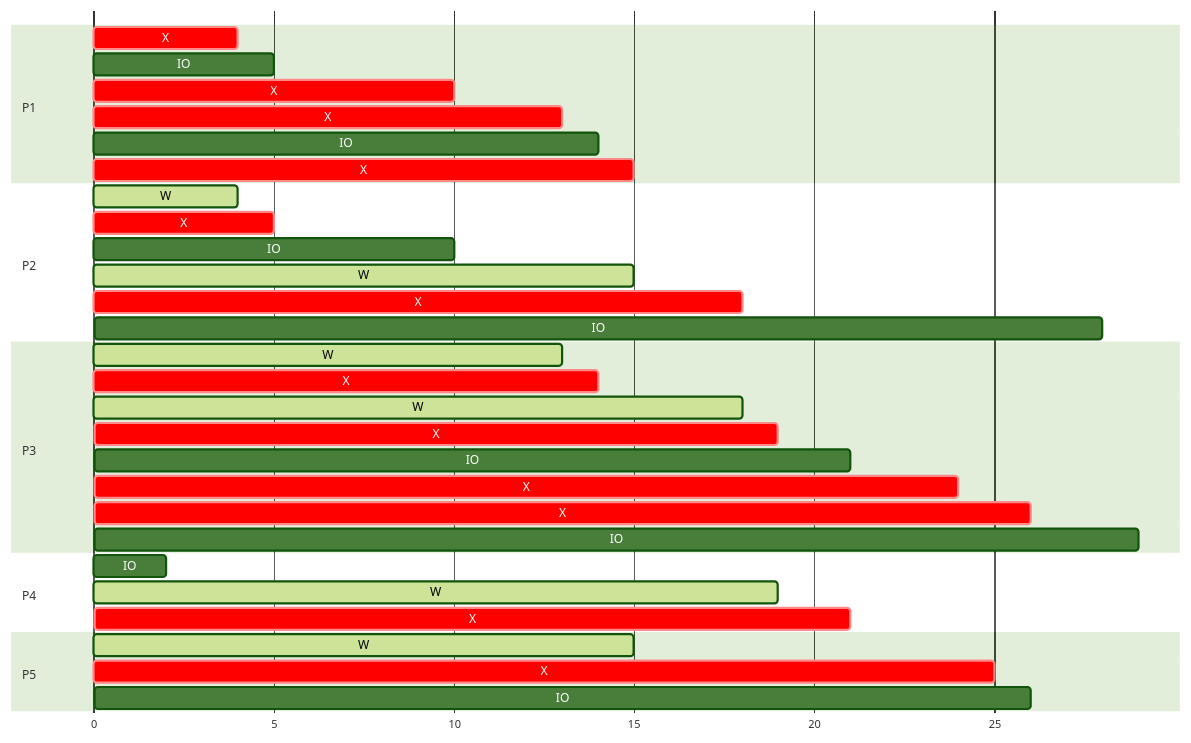
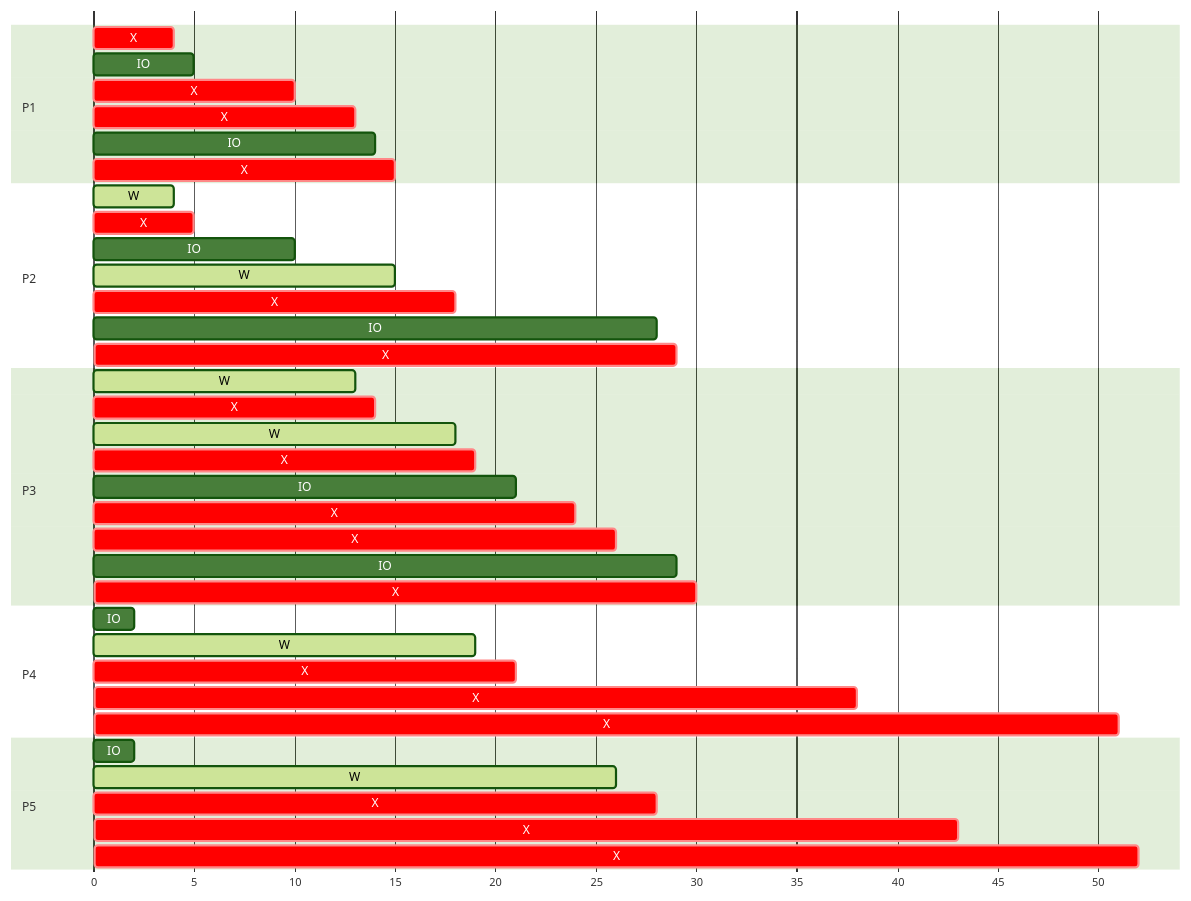
Before and after one commit to angelromarco04/MyNotes: the second of 2 diagrams in CS/OS/data/25_scheduling.md, drawn with Mermaid (forest theme).

Commit message:
vault backup: 2024-03-27 18:46:32

````diff
--- a/CS/OS/data/25_scheduling.md
+++ b/CS/OS/data/25_scheduling.md
@@ -138,43 +138,51 @@
 ```mermaid
 ---
 displayMode: compact
 ---
 gantt
     dateFormat X
     axisFormat %s
     
     section P1
         X       : crit, a, 0, 4
         IO      : a, 4, 5
 		X       : crit, a, 5, 10
 		X       : crit, a, 10, 13
 		IO      : a, 13, 14
 		X       : crit, a, 14, 15
+		
     section P2
 	    W       : active, b, 2, 4
 	    X       : crit, b, 4, 5
 	    IO      : b, 5, 10
 	    W       : active, b, 10, 15
 	    X       : crit, b, 15, 18
 	    IO      : b, 18, 28
+	    X       : crit, b, 28, 29
+	    
 	section P3
 		W       : active, c, 4, 13
 		X       : crit, c, 13, 14
 		W       : active, c, 14, 18
 	    X       : crit, c, 18, 19
 	    IO      : c, 19, 21
 	    X       : crit, c, 21, 24
 	    X       : crit, c, 24, 26
 	    IO      : c, 26, 29
+	    X       : crit, c, 29, 30
 
 	section P4
 		W       : active, d, 6, 19
 		X       : crit, d, 19, 21
 		IO      : d, 1, 2
+		X       : crit, d, 30, 38
+		X       : crit, d, 43, 51
 
 	section P5
-		W       : active, e, 6, 15
-		X       : crit, e, 15, 25
-		IO      : e, 25, 26
+		W       : active, e, 8, 26
+		X       : crit, e, 26, 28
+		IO      : e, 1, 2
+		X       : crit, e, 38, 43
+		X       : crit, e, 51, 52
 
 ```
````
